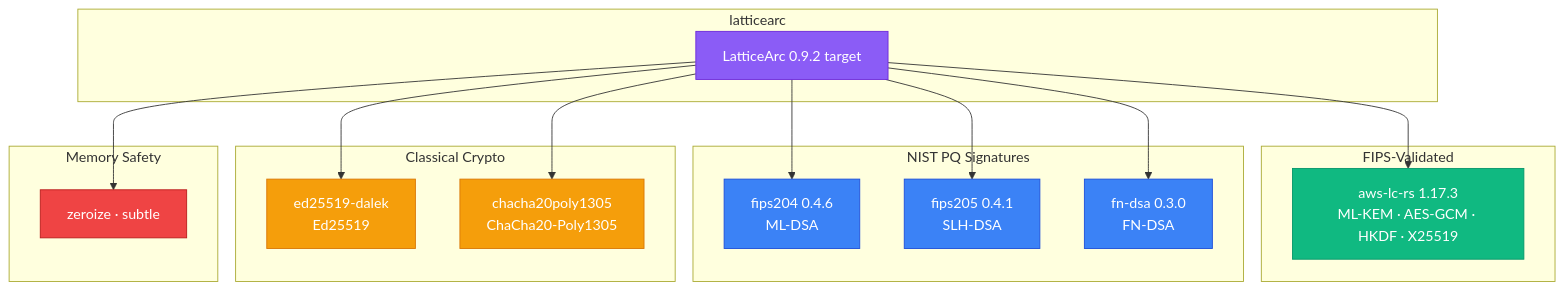
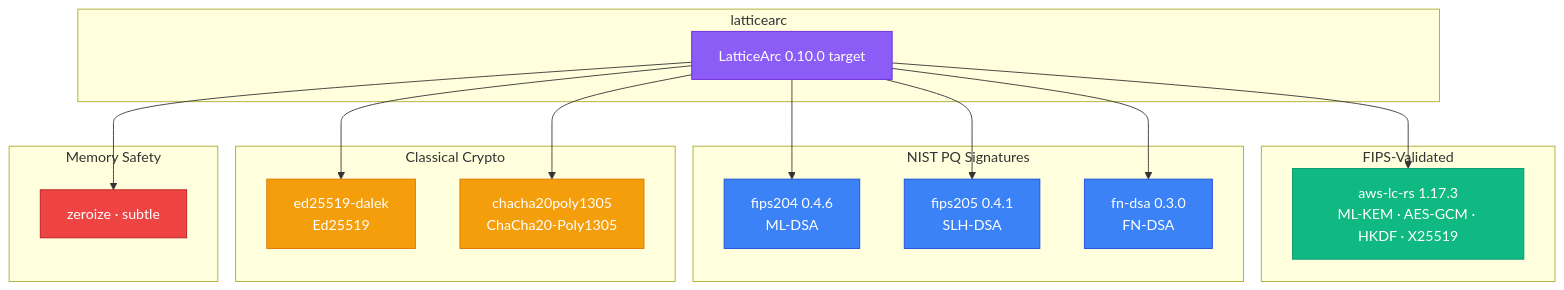
The diagram in docs/DEPENDENCY_JUSTIFICATION.md (LatticeArc/latticearc), drawn with Mermaid before and after one commit. The commit also changed other lines of this file and 10 other files, not shown here.

````diff
--- a/docs/DEPENDENCY_JUSTIFICATION.md
+++ b/docs/DEPENDENCY_JUSTIFICATION.md
@@ -12,45 +12,45 @@
 ```mermaid
 flowchart TB
     subgraph "latticearc"
-        LA[LatticeArc 0.9.2 target]
+        LA[LatticeArc 0.10.0 target]
     end
 
     subgraph "FIPS-Validated"
         AWSLC["aws-lc-rs 1.17.3\nML-KEM · AES-GCM · HKDF · X25519"]
     end
 
     subgraph "NIST PQ Signatures"
         F204["fips204 0.4.6\nML-DSA"]
         F205["fips205 0.4.1\nSLH-DSA"]
         FNDSA["fn-dsa 0.3.0\nFN-DSA"]
     end
 
     subgraph "Classical Crypto"
         DALEK["ed25519-dalek\nEd25519"]
         CHA["chacha20poly1305\nChaCha20-Poly1305"]
     end
 
     subgraph "Memory Safety"
         ZERO["zeroize · subtle"]
     end
 
     LA --> AWSLC
     LA --> F204
     LA --> F205
     LA --> FNDSA
     LA --> DALEK
     LA --> CHA
     LA --> ZERO
 
     classDef main fill:#8b5cf6,stroke:#6d28d9,color:#fff
     classDef fips fill:#10b981,stroke:#059669,color:#fff
     classDef nist fill:#3b82f6,stroke:#1d4ed8,color:#fff
     classDef cl fill:#f59e0b,stroke:#d97706,color:#fff
     classDef safety fill:#ef4444,stroke:#b91c1c,color:#fff
 
     class LA main
     class AWSLC fips
     class F204,F205,FNDSA nist
     class DALEK,CHA cl
     class ZERO safety
 ```
````
